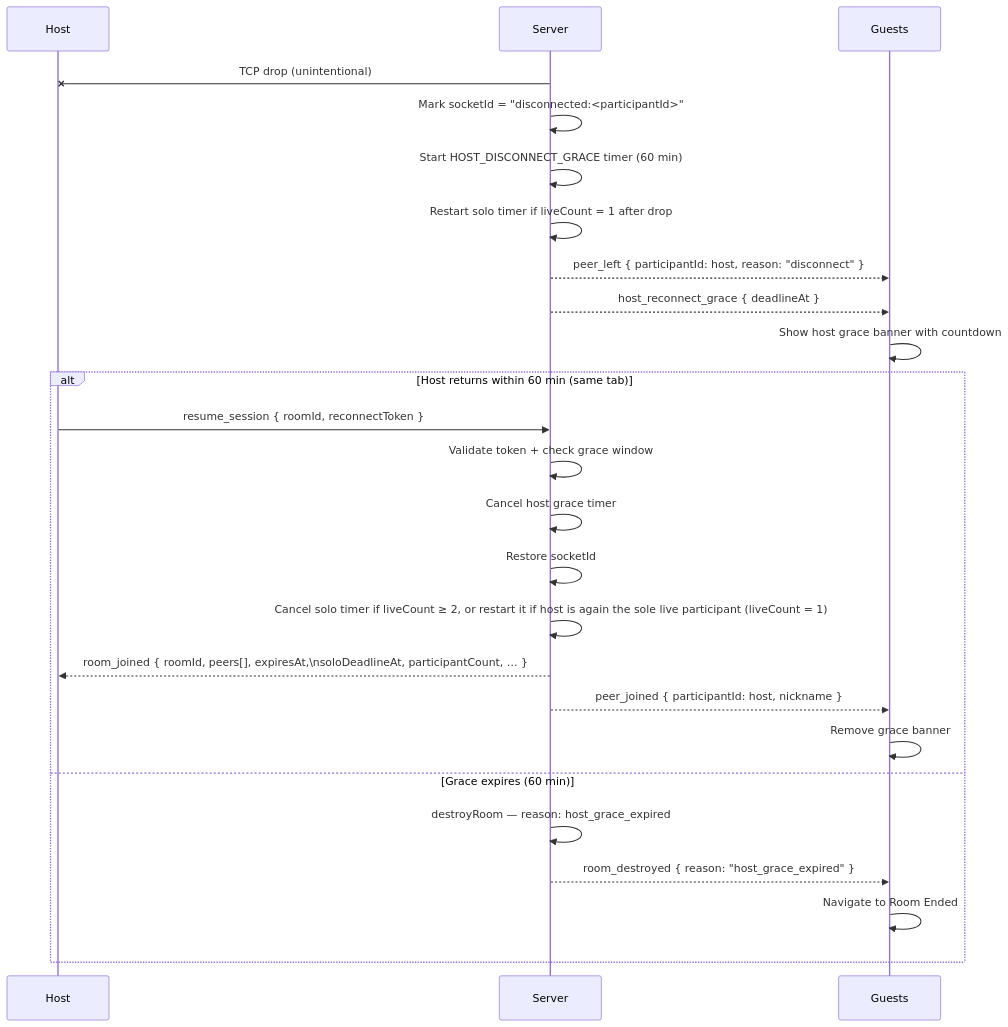
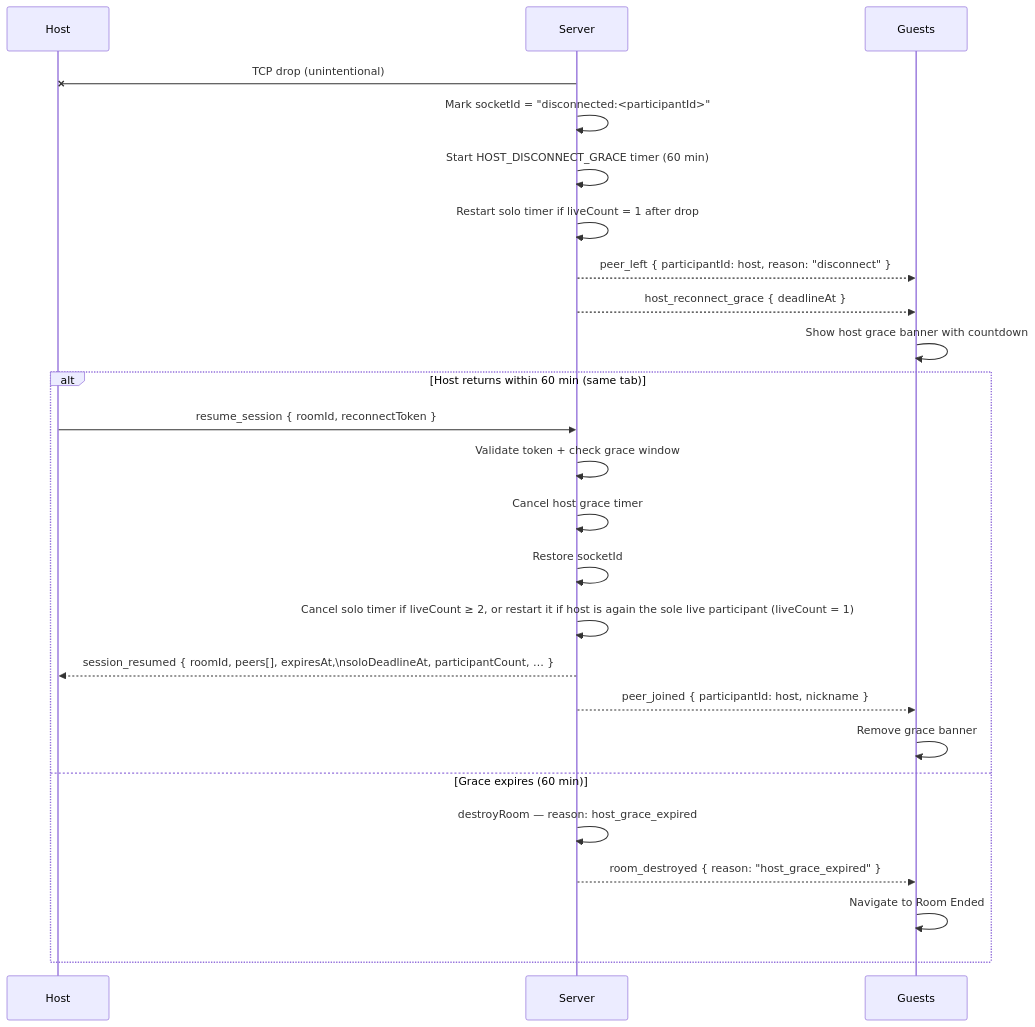
Before and after one commit to BeaverScream/Vapor: the third of 6 diagrams in docs/system_design/lifecycle.md, drawn with Mermaid. The commit also changed other lines of this file and 19 other files, not shown here.

````diff
--- a/docs/system_design/lifecycle.md
+++ b/docs/system_design/lifecycle.md
@@ -162,30 +162,30 @@
 ```mermaid
 sequenceDiagram
     participant H as Host
     participant S as Server
     participant G as Guests
 
     S-xH: TCP drop (unintentional)
 
     S->>S: Mark socketId = "disconnected:<participantId>"
     S->>S: Start HOST_DISCONNECT_GRACE timer (60 min)
     S->>S: Restart solo timer if liveCount = 1 after drop
     S-->>G: peer_left { participantId: host, reason: "disconnect" }
     S-->>G: host_reconnect_grace { deadlineAt }
     G->>G: Show host grace banner with countdown
 
     alt Host returns within 60 min (same tab)
         H->>S: resume_session { roomId, reconnectToken }
         S->>S: Validate token + check grace window
         S->>S: Cancel host grace timer
         S->>S: Restore socketId
         S->>S: Cancel solo timer if liveCount ≥ 2, or restart it if host is again the sole live participant (liveCount = 1)
-        S-->>H: room_joined { roomId, peers[], expiresAt,\nsoloDeadlineAt, participantCount, … }
+        S-->>H: session_resumed { roomId, peers[], expiresAt,\nsoloDeadlineAt, participantCount, … }
         S-->>G: peer_joined { participantId: host, nickname }
         G->>G: Remove grace banner
     else Grace expires (60 min)
         S->>S: destroyRoom — reason: host_grace_expired
         S-->>G: room_destroyed { reason: "host_grace_expired" }
         G->>G: Navigate to Room Ended
     end
 ```
````
